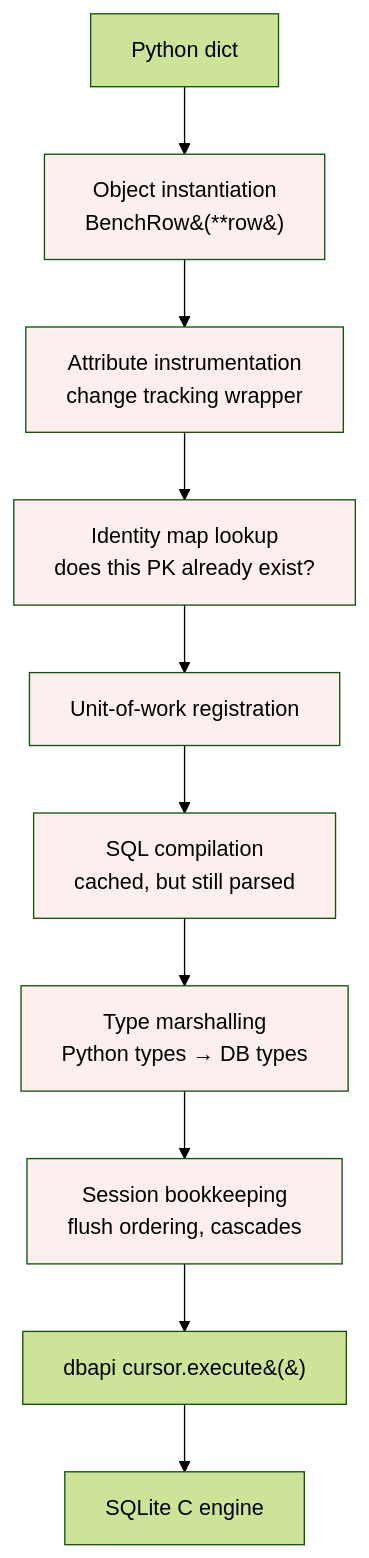
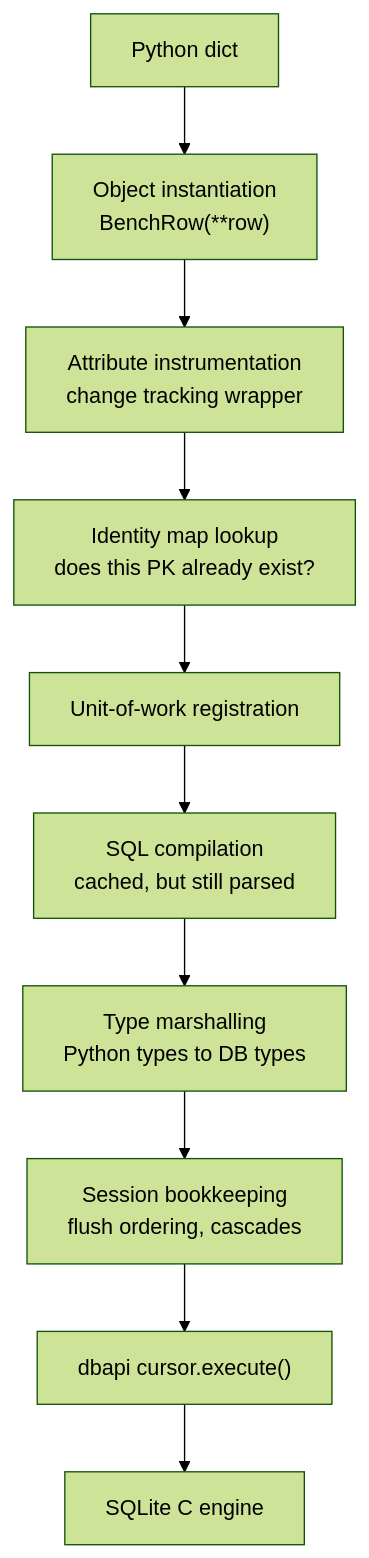
One commit to TanayK07/sqlite-orm-bench changed the first of 4 diagrams in ARTICLE.md. Above: the diagram before and after it, drawn with Mermaid (forest theme). The commit also changed other lines of this file, not shown here.

First line of the commit message:
docs: fix mermaid rendering, drop color fills

````diff
--- a/ARTICLE.md
+++ b/ARTICLE.md
@@ -219,19 +219,12 @@
 ```mermaid
 flowchart TD
-    A[Python dict] --> B[Object instantiation<br/>BenchRow&#40;**row&#41;]
-    B --> C[Attribute instrumentation<br/>change tracking wrapper]
-    C --> D[Identity map lookup<br/>does this PK already exist?]
-    D --> E[Unit-of-work registration]
-    E --> F[SQL compilation<br/>cached, but still parsed]
-    F --> G[Type marshalling<br/>Python types → DB types]
-    G --> H[Session bookkeeping<br/>flush ordering, cascades]
-    H --> I[dbapi cursor.execute&#40;&#41;]
-    I --> J[SQLite C engine]
-    style B fill:#fee
-    style C fill:#fee
-    style D fill:#fee
-    style E fill:#fee
-    style F fill:#fee
-    style G fill:#fee
-    style H fill:#fee
+    A["Python dict"] --> B["Object instantiation<br/>BenchRow(**row)"]
+    B --> C["Attribute instrumentation<br/>change tracking wrapper"]
+    C --> D["Identity map lookup<br/>does this PK already exist?"]
+    D --> E["Unit-of-work registration"]
+    E --> F["SQL compilation<br/>cached, but still parsed"]
+    F --> G["Type marshalling<br/>Python types to DB types"]
+    G --> H["Session bookkeeping<br/>flush ordering, cascades"]
+    H --> I["dbapi cursor.execute()"]
+    I --> J["SQLite C engine"]
 ```
````
